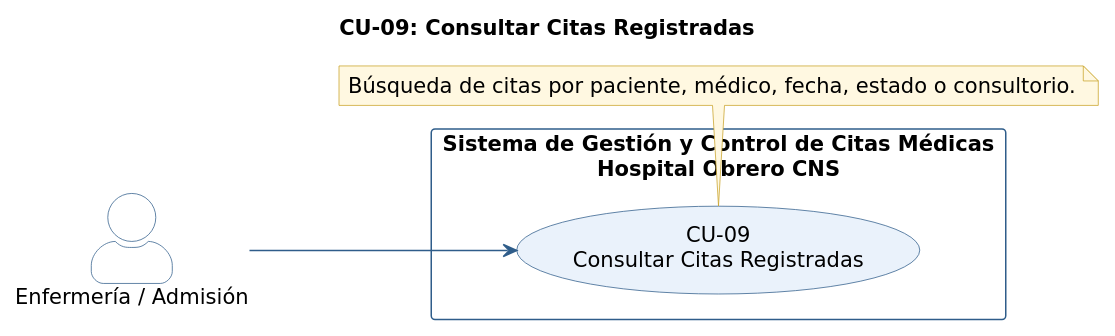
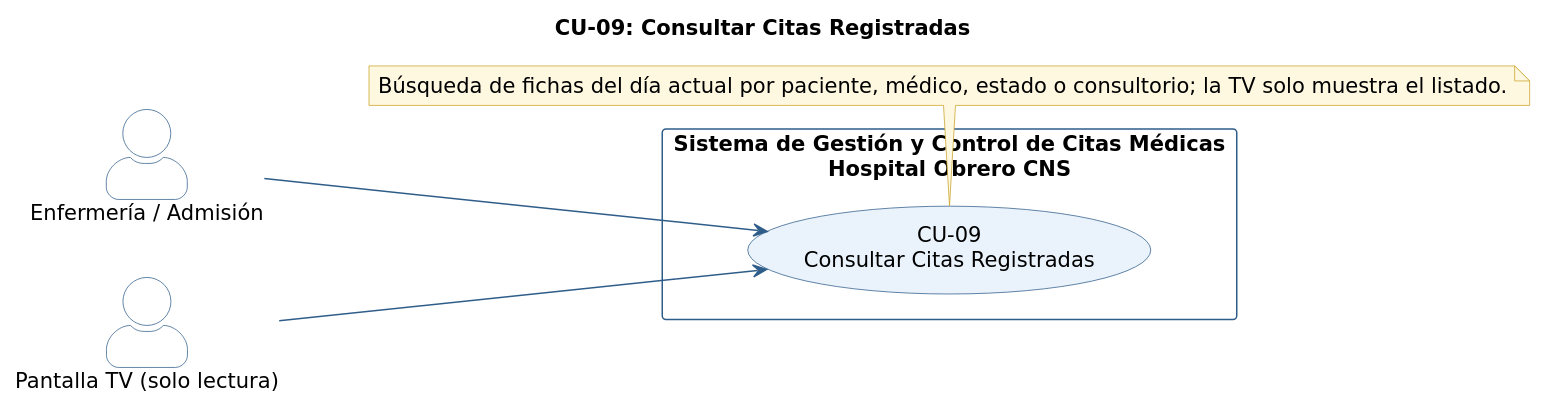
One commit to INTERNO-TRABAJO-CNS/Hospital-Obrero-Interno changed the diagram in 03_des/diagramaCU/CU-09_ConsultarCitasRegistradas.puml. Above: the diagram before and after it, drawn with PlantUML. The commit also changed 204 other files, not shown here.

Commit message:
actualización de cada CU, RF, RNF, diagramas de comportamieno, de estado, reasignación de tareas en general

```diff
--- a/03_des/diagramaCU/CU-09_ConsultarCitasRegistradas.puml
+++ b/03_des/diagramaCU/CU-09_ConsultarCitasRegistradas.puml
@@ -1,41 +1,44 @@
 @startuml CU-09_ConsultarCitasRegistradas
 ' Diagrama individual de caso de uso CU-09 — Hospital Obrero CNS
 ' Fuente: CNS_ CASOS DE USO(1).docx — matriz y especificación de CU
 ' Issue: T07 - Diagramas de casos de uso
 left to right direction
 skinparam shadowing false
 skinparam defaultFontName "DejaVu Sans"
 skinparam defaultFontSize 14
 skinparam actorStyle awesome
 skinparam packageStyle rectangle
 skinparam ArrowColor #2F5D8A
 skinparam actor {
   BorderColor #2F5D8A
   BackgroundColor #FFFFFF
 }
 skinparam usecase {
   BackgroundColor #EAF2FB
   BorderColor #2F5D8A
   ArrowColor #2F5D8A
 }
 skinparam rectangle {
   BorderColor #2F5D8A
   FontStyle bold
 }
 skinparam note {
   BackgroundColor #FFF8E1
   BorderColor #C9A227
 }
 title CU-09: Consultar Citas Registradas
 
 rectangle "Sistema de Gestión y Control de Citas Médicas\nHospital Obrero CNS" as CNS {
   usecase "CU-09\nConsultar Citas Registradas" as CU09
 }
 
 actor "Enfermería / Admisión" as ACTOR1
 ACTOR1 --> CU09
+actor "Pantalla TV (solo lectura)" as ACTOR2
+ACTOR2 --> CU09
 note bottom of CU09
-  Búsqueda de citas por paciente, médico, fecha, estado o consultorio.
+  Búsqueda de fichas del día actual por paciente, médico, estado o consultorio; la TV solo muestra el listado.
 end note
 
+' Modificado 04/11/2026: ver 06_proyect/CAMBIOS_04-11-2026.md
 @enduml
```
